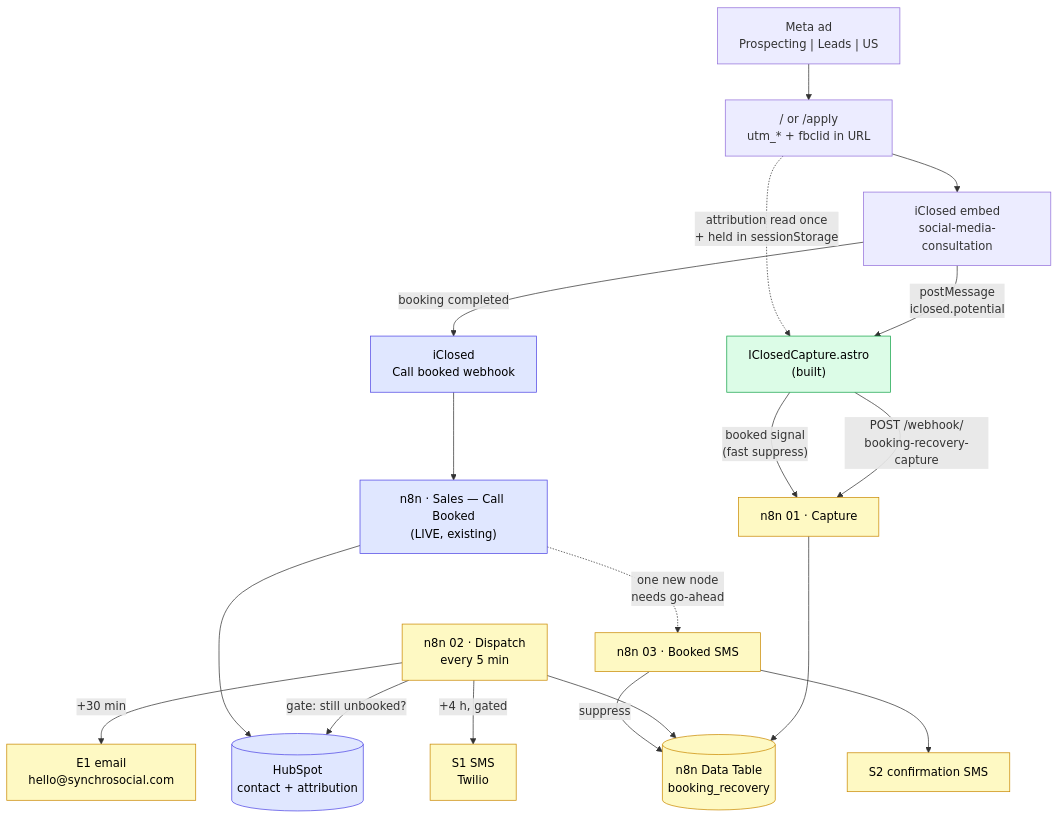
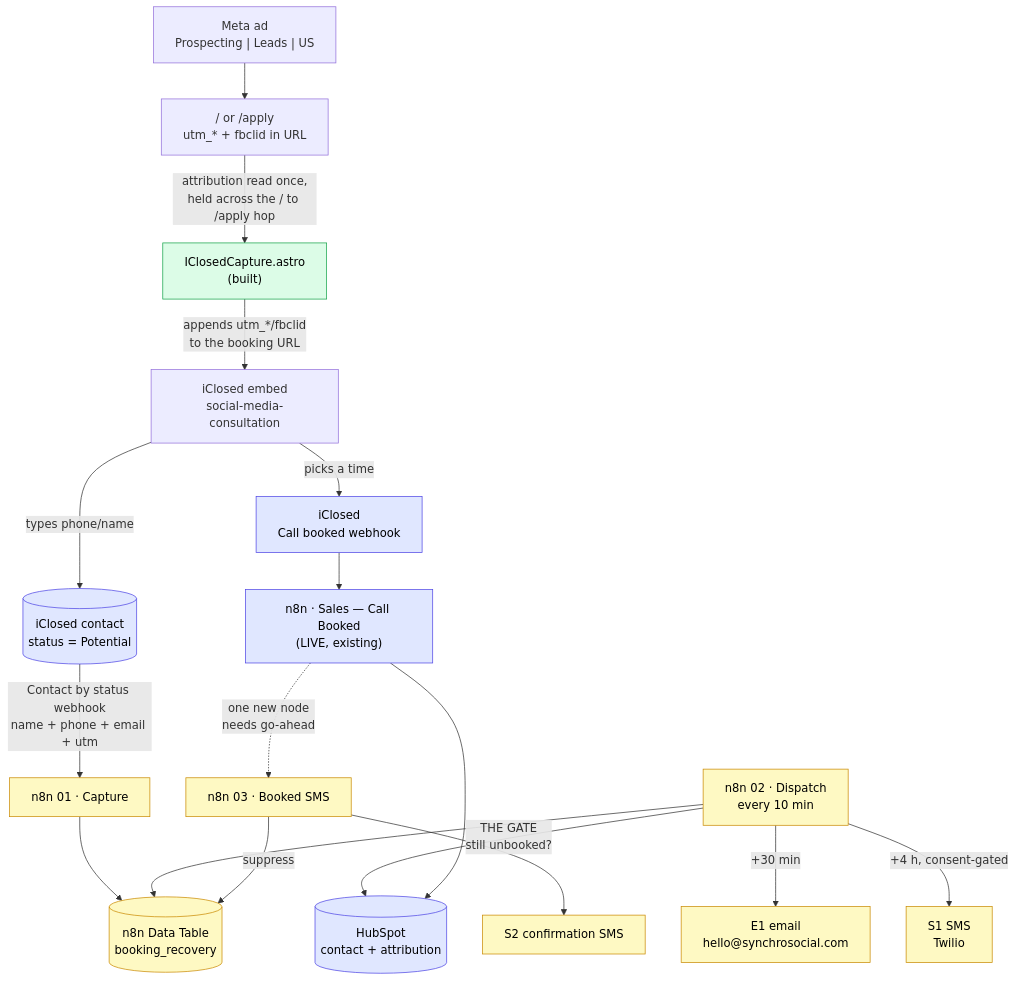
One commit to sidney-afk/synchrosocial changed the diagram in docs/booking-recovery/README.md. Above: the diagram before and after it, drawn with Mermaid. The commit also changed other lines of this file and 6 other files, not shown here.

First line of the commit message:
Booking recovery: capture is server-side — browser postMessage cannot work

````diff
--- a/docs/booking-recovery/README.md
+++ b/docs/booking-recovery/README.md
@@ -104,31 +106,29 @@
 ```mermaid
 flowchart TD
   AD["Meta ad<br/>Prospecting | Leads | US"] --> LP["/ or /apply<br/>utm_* + fbclid in URL"]
-  LP --> EMBED["iClosed embed<br/>social-media-consultation"]
+  LP -->|"attribution read once,<br/>held across the / to /apply hop"| CAP["IClosedCapture.astro<br/>(built)"]
+  CAP -->|"appends utm_*/fbclid<br/>to the booking URL"| EMBED["iClosed embed<br/>social-media-consultation"]
 
-  EMBED -->|"postMessage<br/>iclosed.potential"| CAP["IClosedCapture.astro<br/>(built)"]
-  LP -.->|"attribution read once<br/>+ held in sessionStorage"| CAP
-
-  CAP -->|"POST /webhook/<br/>booking-recovery-capture"| W1["n8n 01 · Capture"]
+  EMBED -->|"types phone/name"| ICP[("iClosed contact<br/>status = Potential")]
+  ICP -->|"Contact by status webhook<br/>name + phone + email + utm"| W1["n8n 01 · Capture"]
   W1 --> DT[("n8n Data Table<br/>booking_recovery")]
 
-  W2["n8n 02 · Dispatch<br/>every 5 min"] --> DT
-  W2 -->|"gate: still unbooked?"| HS[("HubSpot<br/>contact + attribution")]
+  W2["n8n 02 · Dispatch<br/>every 10 min"] --> DT
+  W2 -->|"THE GATE<br/>still unbooked?"| HS[("HubSpot<br/>contact + attribution")]
   W2 -->|"+30 min"| E1["E1 email<br/>hello@synchrosocial.com"]
-  W2 -->|"+4 h, gated"| S1["S1 SMS<br/>Twilio"]
+  W2 -->|"+4 h, consent-gated"| S1["S1 SMS<br/>Twilio"]
 
-  EMBED -->|"booking completed"| IC["iClosed<br/>Call booked webhook"]
+  EMBED -->|"picks a time"| IC["iClosed<br/>Call booked webhook"]
   IC --> ROUTER["n8n · Sales — Call Booked<br/>(LIVE, existing)"]
   ROUTER --> HS
   ROUTER -.->|"one new node<br/>needs go-ahead"| W3["n8n 03 · Booked SMS"]
   W3 --> S2["S2 confirmation SMS"]
   W3 -->|suppress| DT
-  CAP -->|"booked signal<br/>(fast suppress)"| W1
 
   classDef built fill:#dcfce7,stroke:#16a34a,color:#000;
   classDef draft fill:#fef9c3,stroke:#ca8a04,color:#000;
   classDef live fill:#e0e7ff,stroke:#4f46e5,color:#000;
   class CAP built;
   class W1,W2,W3,DT,E1,S1,S2 draft;
-  class ROUTER,HS,IC live;
+  class ROUTER,HS,IC,ICP live;
 ```
````
